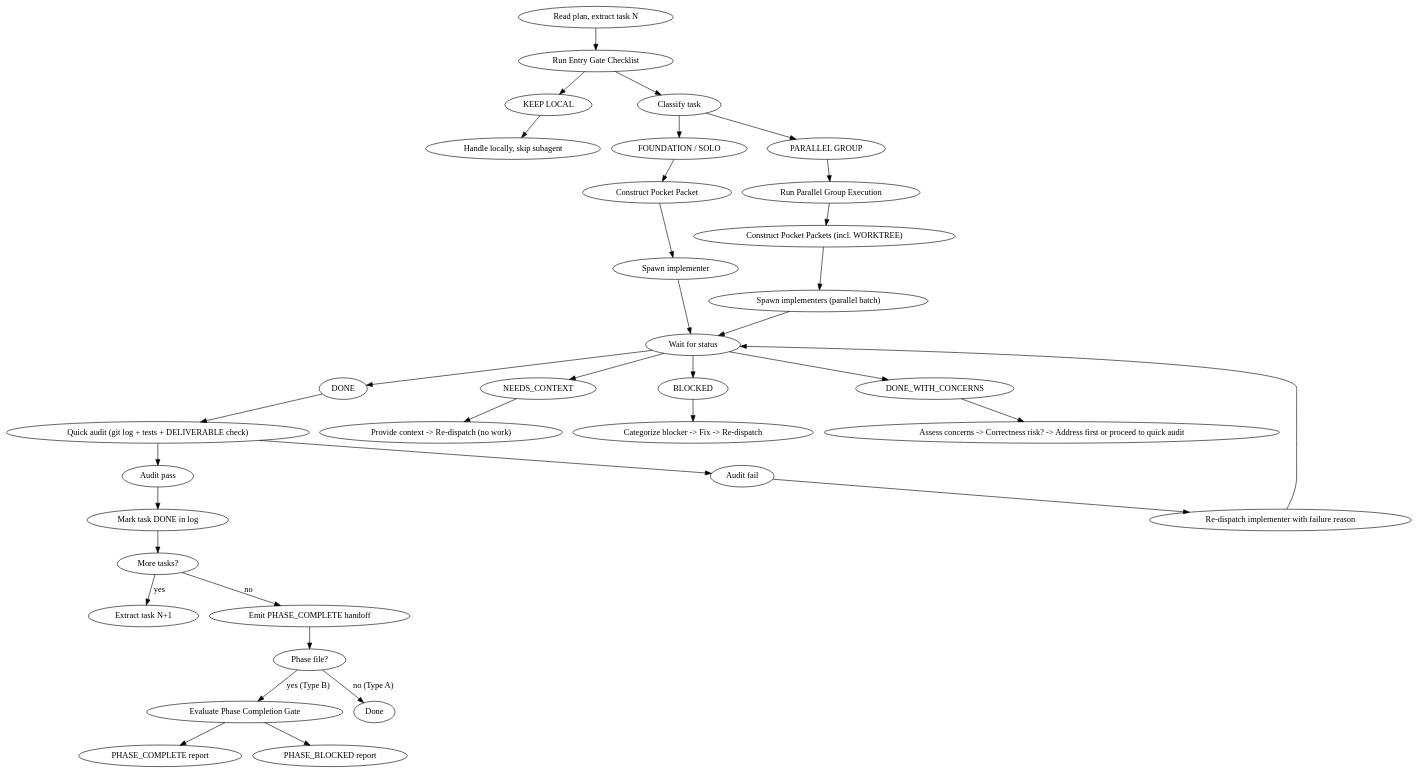
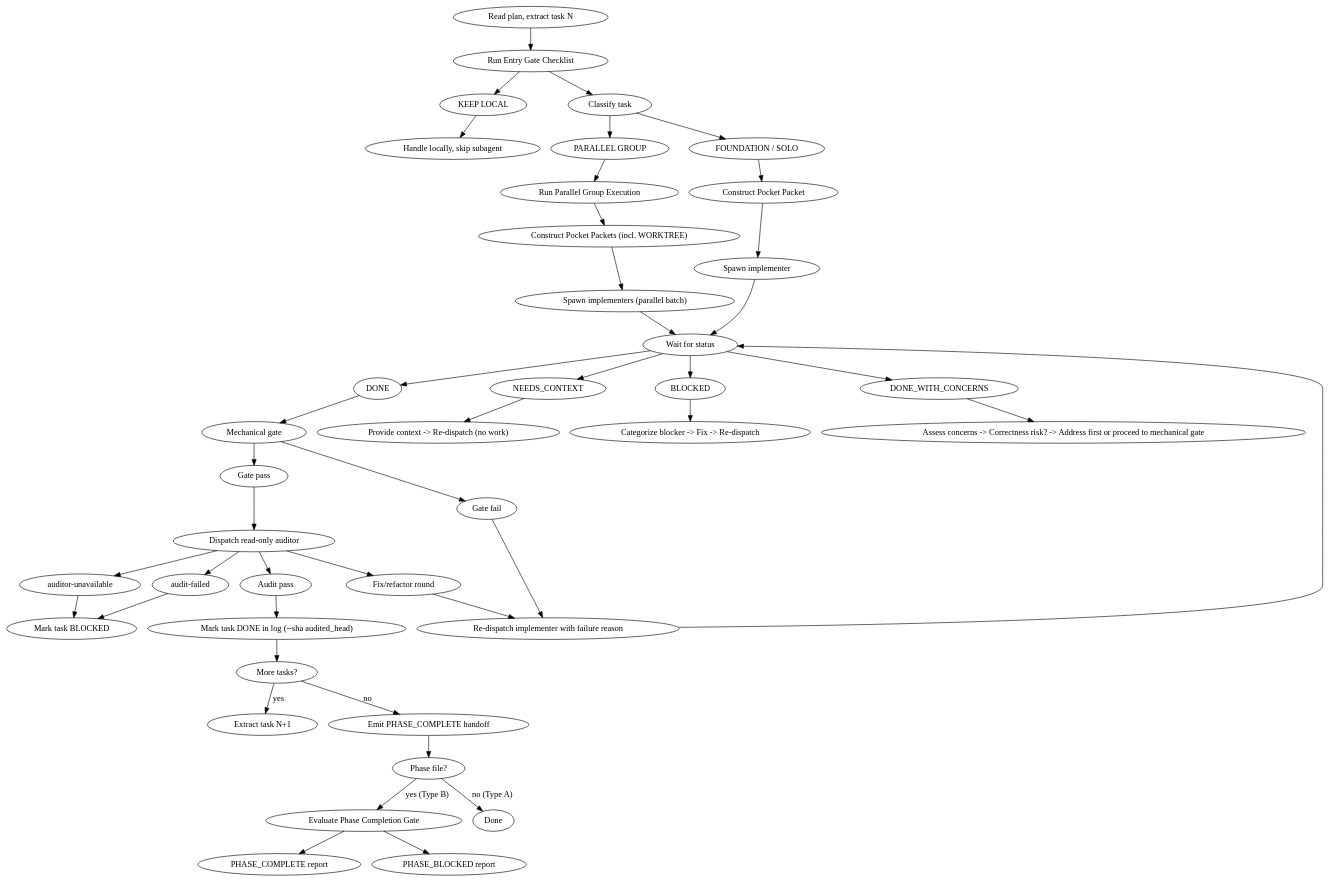
The diagram in skills/pocket-development/SKILL.md (rfxlamia/pocketto), drawn with Graphviz before and after one commit. The commit also changed other lines of this file, not shown here.

Commit message:
feat(pocket-development): audit every task before pinning its SHA

````diff
--- a/skills/pocket-development/SKILL.md
+++ b/skills/pocket-development/SKILL.md
@@ -316,37 +317,42 @@
 ```dot
 digraph pocket_process {
     rankdir=TB;
 
     "Read plan, extract task N" -> "Run Entry Gate Checklist";
     "Run Entry Gate Checklist" -> { "KEEP LOCAL" "Classify task" };
     "Classify task" -> { "FOUNDATION / SOLO" "PARALLEL GROUP" };
     "FOUNDATION / SOLO" -> "Construct Pocket Packet";
     "PARALLEL GROUP" -> "Run Parallel Group Execution";
     "Run Parallel Group Execution" -> "Construct Pocket Packets (incl. WORKTREE)";
     "Construct Pocket Packets (incl. WORKTREE)" -> "Spawn implementers (parallel batch)";
     "Spawn implementers (parallel batch)" -> "Wait for status";
     "KEEP LOCAL" -> "Handle locally, skip subagent";
     "Construct Pocket Packet" -> "Spawn implementer";
     "Spawn implementer" -> "Wait for status";
 
     "Wait for status" -> { "DONE" "NEEDS_CONTEXT" "BLOCKED" "DONE_WITH_CONCERNS" };
 
-    "DONE" -> "Quick audit (git log + tests + DELIVERABLE check)";
-    "Quick audit (git log + tests + DELIVERABLE check)" -> { "Audit pass" "Audit fail" };
-    "Audit pass" -> "Mark task DONE in log";
-    "Audit fail" -> "Re-dispatch implementer with failure reason";
+    "DONE" -> "Mechanical gate";
+    "Mechanical gate" -> { "Gate pass" "Gate fail" };
+    "Gate fail" -> "Re-dispatch implementer with failure reason";
     "Re-dispatch implementer with failure reason" -> "Wait for status";
+    "Gate pass" -> "Dispatch read-only auditor";
+    "Dispatch read-only auditor" -> { "Audit pass" "Fix/refactor round" "audit-failed" "auditor-unavailable" };
+    "Fix/refactor round" -> "Re-dispatch implementer with failure reason";
+    "Audit pass" -> "Mark task DONE in log (--sha audited_head)";
+    "audit-failed" -> "Mark task BLOCKED";
+    "auditor-unavailable" -> "Mark task BLOCKED";
 
     "NEEDS_CONTEXT" -> "Provide context -> Re-dispatch (no work)";
     "BLOCKED" -> "Categorize blocker -> Fix -> Re-dispatch";
-    "DONE_WITH_CONCERNS" -> "Assess concerns -> Correctness risk? -> Address first or proceed to quick audit";
+    "DONE_WITH_CONCERNS" -> "Assess concerns -> Correctness risk? -> Address first or proceed to mechanical gate";
 
-    "Mark task DONE in log" -> "More tasks?";
+    "Mark task DONE in log (--sha audited_head)" -> "More tasks?";
     "More tasks?" -> "Extract task N+1" [label="yes"];
     "More tasks?" -> "Emit PHASE_COMPLETE handoff" [label="no"];
     "Emit PHASE_COMPLETE handoff" -> "Phase file?";
     "Phase file?" -> "Evaluate Phase Completion Gate" [label="yes (Type B)"];
     "Phase file?" -> "Done" [label="no (Type A)"];
     "Evaluate Phase Completion Gate" -> { "PHASE_COMPLETE report" "PHASE_BLOCKED report" };
 }
 ```
````
